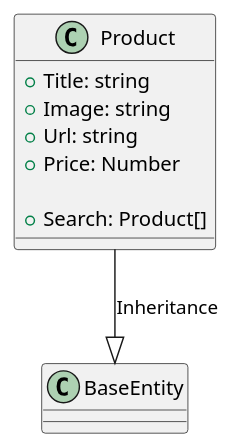
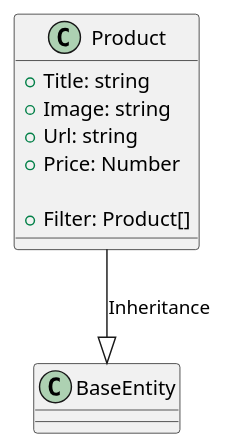
The diagram in uml/Product/Product.puml (evrendev/sport-club), drawn with PlantUML before and after one commit. The commit also changed 40 other files, not shown here.

```diff
--- a/uml/Product/Product.puml
+++ b/uml/Product/Product.puml
@@ -1,14 +1,14 @@
 @startuml Product Class Diagram
 
 class Product {
     + Title: string
     + Image: string
     + Url: string
     + Price: Number
 
-    + Search: Product[]
+    + Filter: Product[]
 }
 
 Product --|> BaseEntity: Inheritance
 
 @enduml
```
